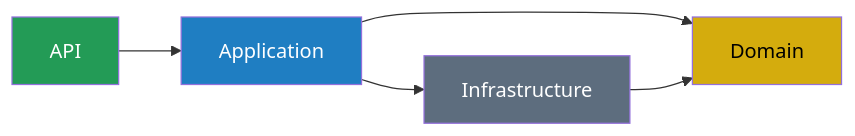
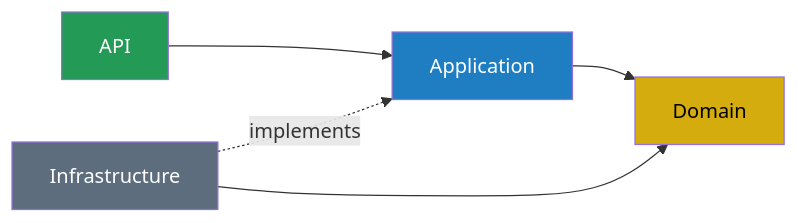
The first of 2 diagrams in docs/architecture/overview.md (rnataoliveira/mechanics-software), drawn with Mermaid before and after one commit. The commit also changed other lines of this file and 7 other files, not shown here.

````diff
--- a/docs/architecture/overview.md
+++ b/docs/architecture/overview.md
@@ -160,12 +160,12 @@
 ```mermaid
 flowchart LR
     API --> Application
     Application --> Domain
     Infrastructure --> Domain
-    Application --> Infrastructure
+    Infrastructure -.->|implements| Application
 
     style Domain fill:#D4AC0D,color:#000
     style Infrastructure fill:#5D6D7E,color:#fff
     style Application fill:#1F7EC2,color:#fff
     style API fill:#239B56,color:#fff
 ```
````
